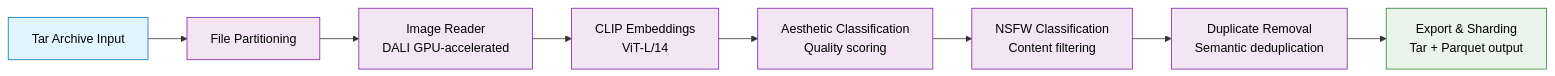
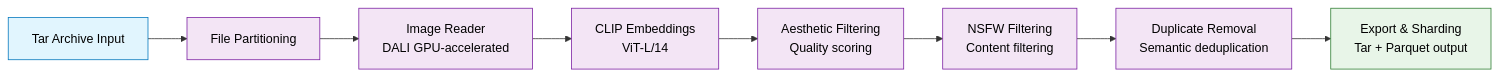
One commit to NVIDIA-NeMo/Curator changed the diagram in docs/curate-images/index.md. Above: the diagram before and after it, drawn with Mermaid. The commit also changed other lines of this file and 9 other files, not shown here.

````diff
--- a/docs/curate-images/index.md
+++ b/docs/curate-images/index.md
@@ -30,18 +30,18 @@
 ```{mermaid}
 flowchart LR
     A[Tar Archive Input] --> B[File Partitioning]
     B --> C[Image Reader<br/>DALI GPU-accelerated]
     C --> D[CLIP Embeddings<br/>ViT-L/14]
-    D --> E[Aesthetic Classification<br/>Quality scoring]
-    E --> F[NSFW Classification<br/>Content filtering]
+    D --> E[Aesthetic Filtering<br/>Quality scoring]
+    E --> F[NSFW Filtering<br/>Content filtering]
     F --> G[Duplicate Removal<br/>Semantic deduplication]
     G --> H[Export & Sharding<br/>Tar + Parquet output]
     
     classDef input fill:#e1f5fe,stroke:#0277bd,color:#000
     classDef processing fill:#f3e5f5,stroke:#7b1fa2,color:#000
     classDef output fill:#e8f5e8,stroke:#2e7d32,color:#000
     
     class A input
     class B,C,D,E,F,G processing
     class H output
 ```
````
